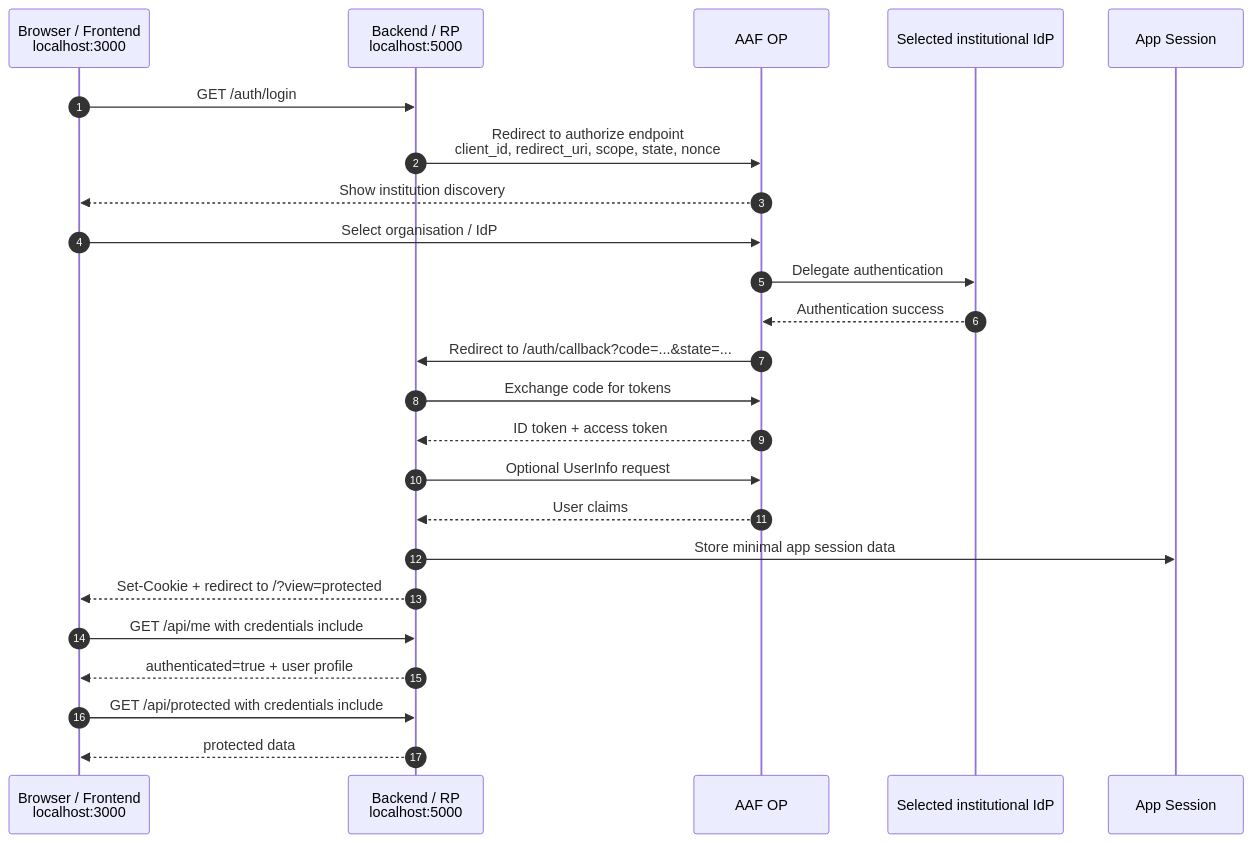
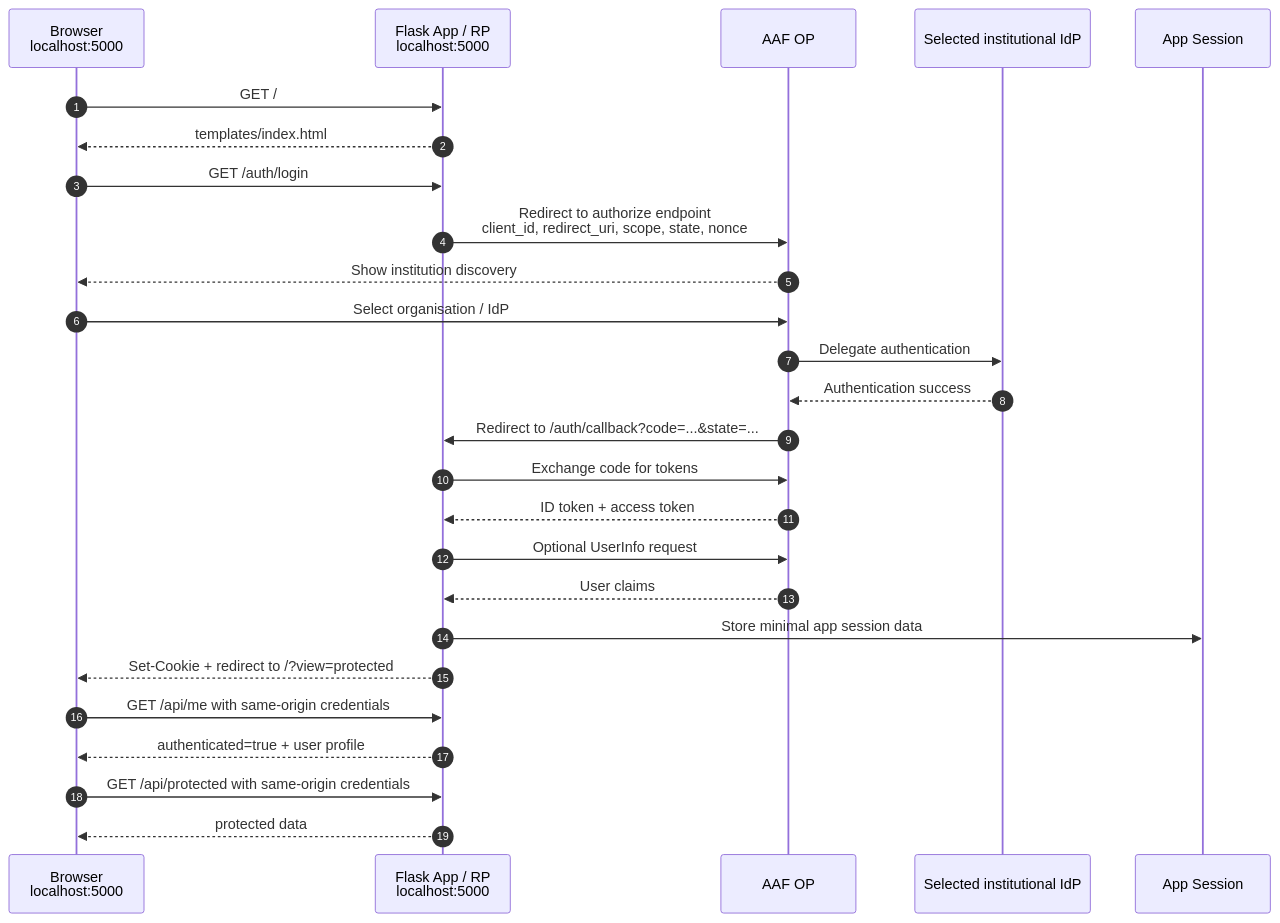
The diagram in example-projects/aai-aaf-python/aaf_oidc_auth_session_best_practices.md (umccr/guardians-doc), drawn with Mermaid before and after one commit. The commit also changed other lines of this file and 1 other file, not shown here.

Commit message:
modify docs point to current flow

````diff
--- a/example-projects/aai-aaf-python/aaf_oidc_auth_session_best_practices.md
+++ b/example-projects/aai-aaf-python/aaf_oidc_auth_session_best_practices.md
@@ -39,27 +41,29 @@
 ```mermaid
 sequenceDiagram
     autonumber
-    participant FE as Browser / Frontend<br/>localhost:3000
-    participant BE as Backend / RP<br/>localhost:5000
+    participant FE as Browser<br/>localhost:5000
+    participant BE as Flask App / RP<br/>localhost:5000
     participant AAF as AAF OP
     participant IDP as Selected institutional IdP
     participant S as App Session
 
+    FE->>BE: GET /
+    BE-->>FE: templates/index.html
     FE->>BE: GET /auth/login
     BE->>AAF: Redirect to authorize endpoint<br/>client_id, redirect_uri, scope, state, nonce
     AAF-->>FE: Show institution discovery
     FE->>AAF: Select organisation / IdP
     AAF->>IDP: Delegate authentication
     IDP-->>AAF: Authentication success
     AAF->>BE: Redirect to /auth/callback?code=...&state=...
     BE->>AAF: Exchange code for tokens
     AAF-->>BE: ID token + access token
     BE->>AAF: Optional UserInfo request
     AAF-->>BE: User claims
     BE->>S: Store minimal app session data
     BE-->>FE: Set-Cookie + redirect to /?view=protected
-    FE->>BE: GET /api/me with credentials include
+    FE->>BE: GET /api/me with same-origin credentials
     BE-->>FE: authenticated=true + user profile
-    FE->>BE: GET /api/protected with credentials include
+    FE->>BE: GET /api/protected with same-origin credentials
     BE-->>FE: protected data
 ```
````
